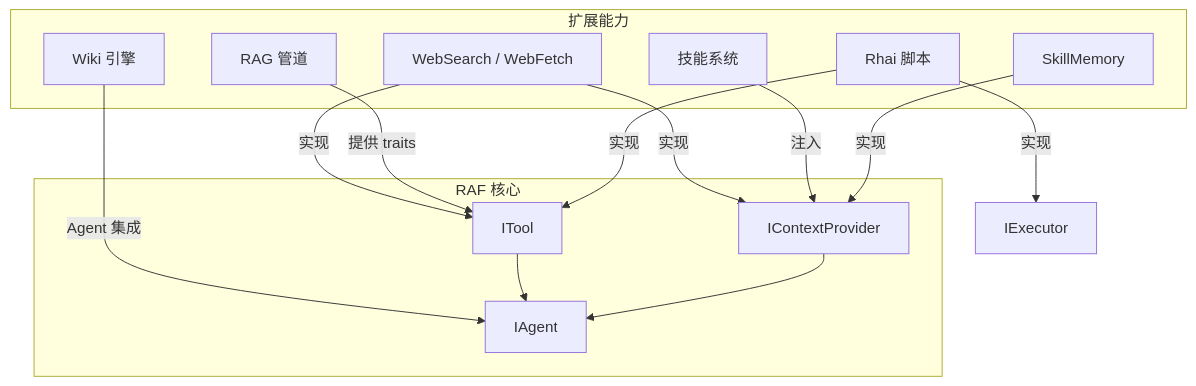
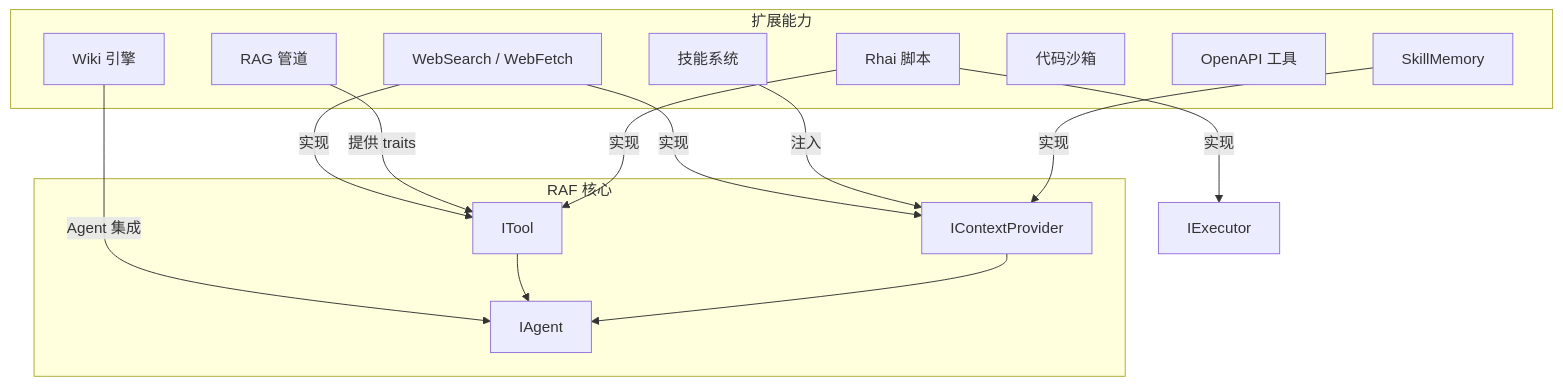
One commit to Rust-Framework/rust-agent-framework changed the diagram in docs/13-extensions/INDEX.md. Above: the diagram before and after it, drawn with Mermaid. The commit also changed other lines of this file and 16 other files, not shown here.

````diff
--- a/docs/13-extensions/INDEX.md
+++ b/docs/13-extensions/INDEX.md
@@ -7,29 +7,31 @@
 ```mermaid
 graph TB
     subgraph "RAF 核心"
         IA[IAgent]
         IT[ITool]
         ICP[IContextProvider]
     end
 
     subgraph "扩展能力"
         WS[WebSearch / WebFetch]
         RAG[RAG 管道]
         WK[Wiki 引擎]
         SK[技能系统]
         RH[Rhai 脚本]
+        SB[代码沙箱]
+        OA[OpenAPI 工具]
         MM[SkillMemory]
     end
 
     WS -->|实现| IT
     WS -->|实现| ICP
     RAG -->|提供 traits| IT
     WK -->|Agent 集成| IA
     SK -->|注入| ICP
     RH -->|实现| IT
     RH -->|实现| IExecutor
     MM -->|实现| ICP
 
     IT --> IA
     ICP --> IA
 ```
````
